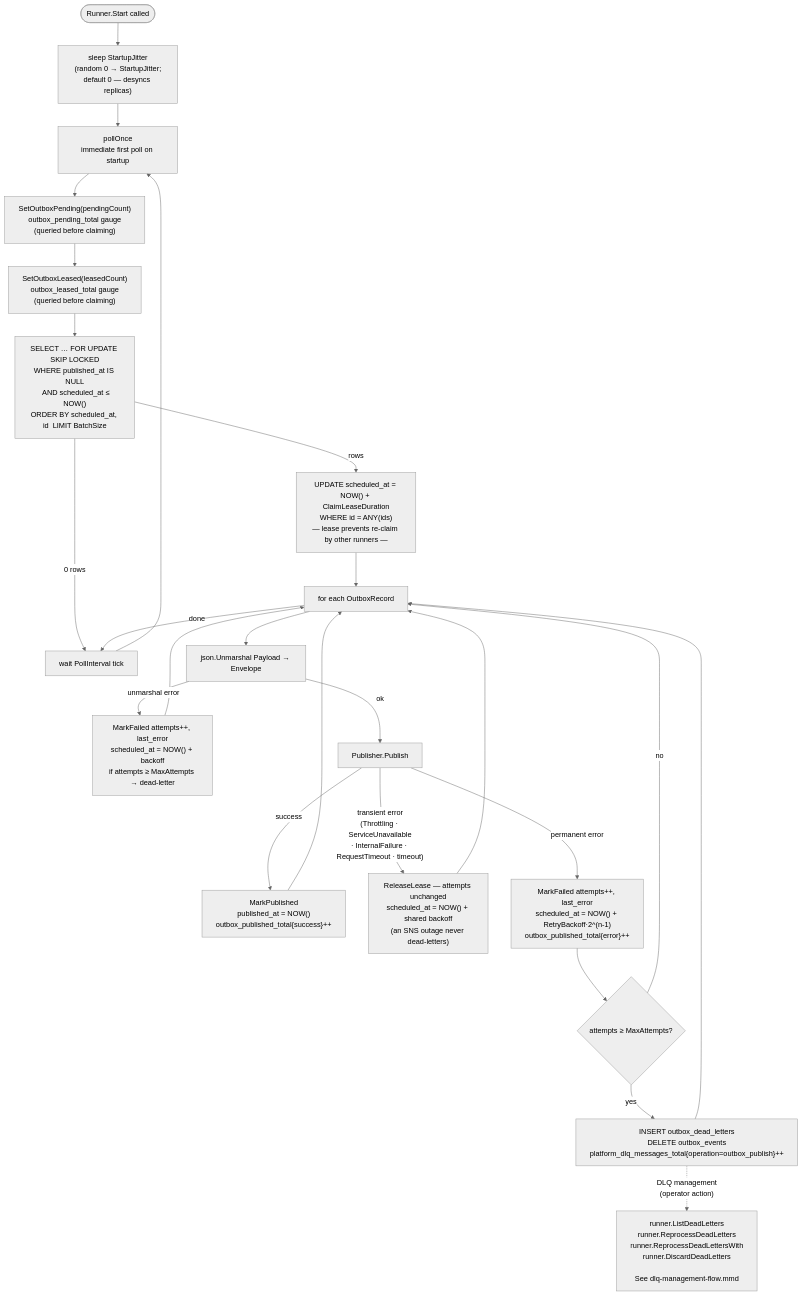
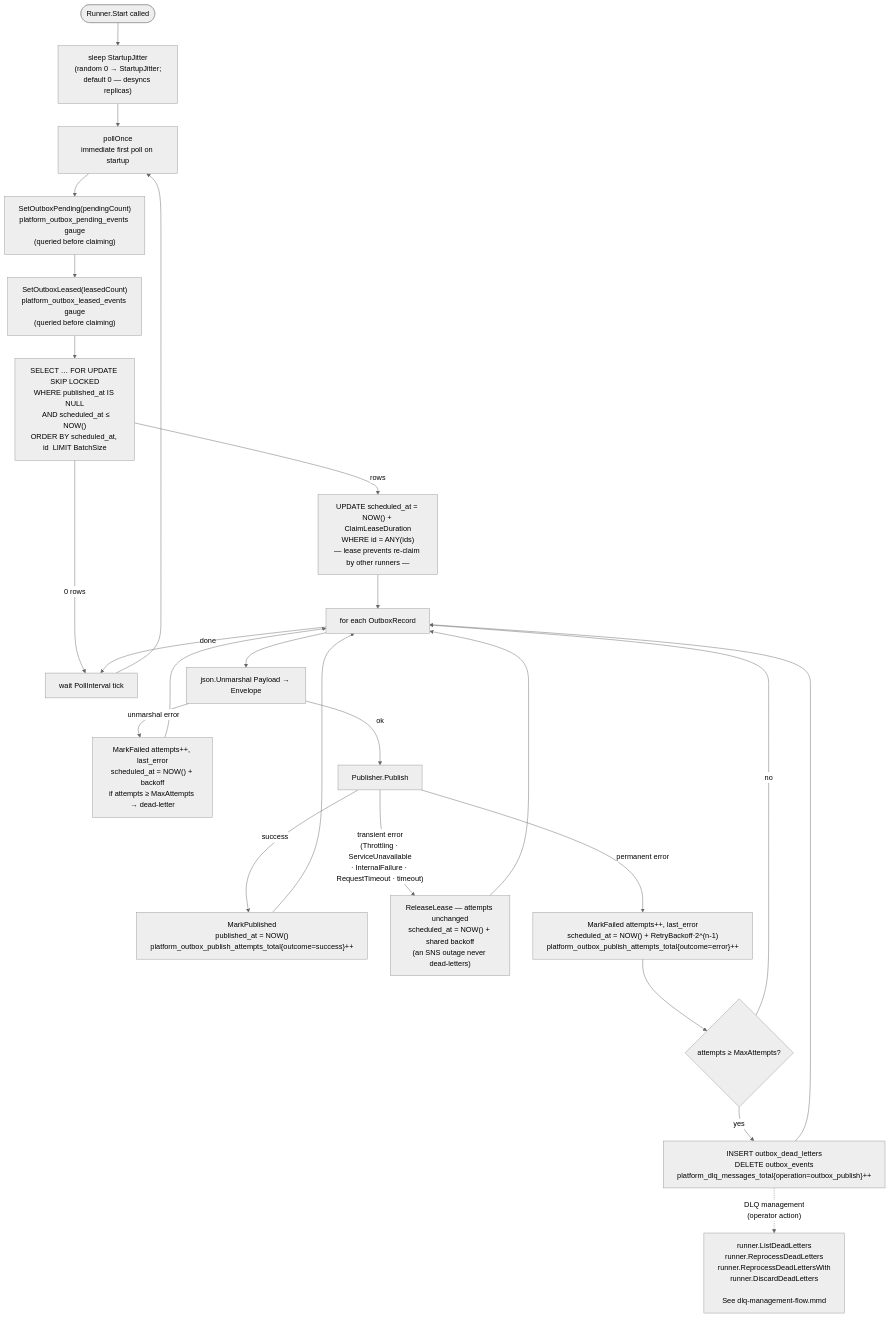
The diagram in docs/architecture/mermaid/outbox-poll-cycle.mmd (BCBP-SOLUTIONS-FZC-LLC/platform-events), drawn with Mermaid (neutral theme) before and after one commit. The commit also changed 59 other files, not shown here.

```diff
--- a/docs/architecture/mermaid/outbox-poll-cycle.mmd
+++ b/docs/architecture/mermaid/outbox-poll-cycle.mmd
@@ -1,26 +1,26 @@
 flowchart TD
     A([Runner.Start called]) --> JIT["sleep StartupJitter\n(random 0 → StartupJitter;\ndefault 0 — desyncs replicas)"]
     JIT --> P[pollOnce\nimmediate first poll on startup]
-    P --> PM["SetOutboxPending(pendingCount)\noutbox_pending_total gauge\n(queried before claiming)"]
-    PM --> LM["SetOutboxLeased(leasedCount)\noutbox_leased_total gauge\n(queried before claiming)"]
+    P --> PM["SetOutboxPending(pendingCount)\nplatform_outbox_pending_events gauge\n(queried before claiming)"]
+    PM --> LM["SetOutboxLeased(leasedCount)\nplatform_outbox_leased_events gauge\n(queried before claiming)"]
     LM --> C["SELECT … FOR UPDATE SKIP LOCKED\nWHERE published_at IS NULL\n  AND scheduled_at ≤ NOW()\nORDER BY scheduled_at, id  LIMIT BatchSize"]
     C -- 0 rows --> B[wait PollInterval tick]
     B --> P
     C -- rows --> L["UPDATE scheduled_at = NOW() + ClaimLeaseDuration\nWHERE id = ANY(ids)\n— lease prevents re-claim by other runners —"]
     L --> D[for each OutboxRecord]
     D --> E[json.Unmarshal Payload → Envelope]
     E -- unmarshal error --> F["MarkFailed attempts++, last_error\nscheduled_at = NOW() + backoff\nif attempts ≥ MaxAttempts → dead-letter"]
     F --> D
     E -- ok --> G[Publisher.Publish]
-    G -- success --> H["MarkPublished\npublished_at = NOW()\noutbox_published_total{success}++"]
+    G -- success --> H["MarkPublished\npublished_at = NOW()\nplatform_outbox_publish_attempts_total{outcome=success}++"]
     H --> D
     G -- transient error\n(Throttling · ServiceUnavailable\n· InternalFailure · RequestTimeout · timeout) --> RI["ReleaseLease — attempts unchanged\nscheduled_at = NOW() + shared backoff\n(an SNS outage never dead-letters)"]
     RI --> D
-    G -- permanent error --> I["MarkFailed attempts++, last_error\nscheduled_at = NOW() + RetryBackoff·2^(n-1)\noutbox_published_total{error}++"]
+    G -- permanent error --> I["MarkFailed attempts++, last_error\nscheduled_at = NOW() + RetryBackoff·2^(n-1)\nplatform_outbox_publish_attempts_total{outcome=error}++"]
     I --> J{attempts ≥ MaxAttempts?}
     J -- yes --> K["INSERT outbox_dead_letters\nDELETE outbox_events\nplatform_dlq_messages_total{operation=outbox_publish}++"]
     J -- no  --> D
     K --> D
     D -- done --> B
 
     K -.->|"DLQ management\n(operator action)"|DLQ["runner.ListDeadLetters\nrunner.ReprocessDeadLetters\nrunner.ReprocessDeadLettersWith\nrunner.DiscardDeadLetters\n\nSee dlq-management-flow.mmd"]
```
